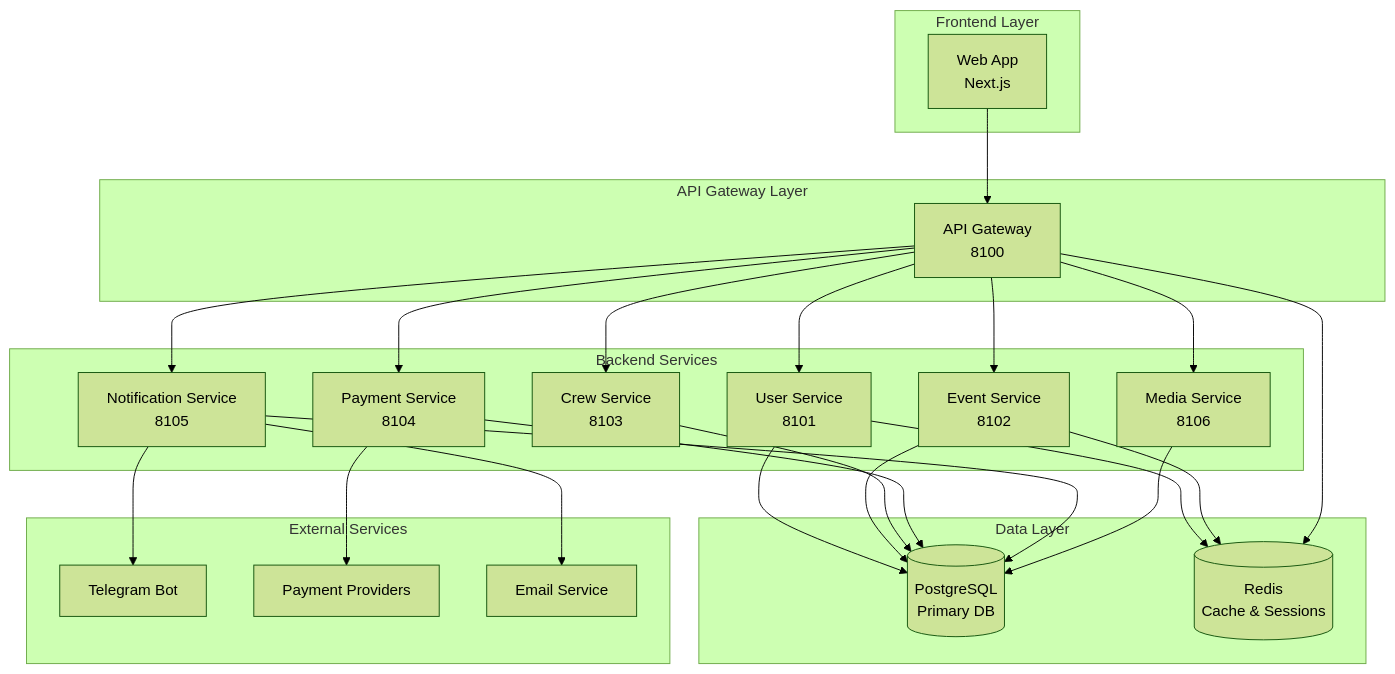
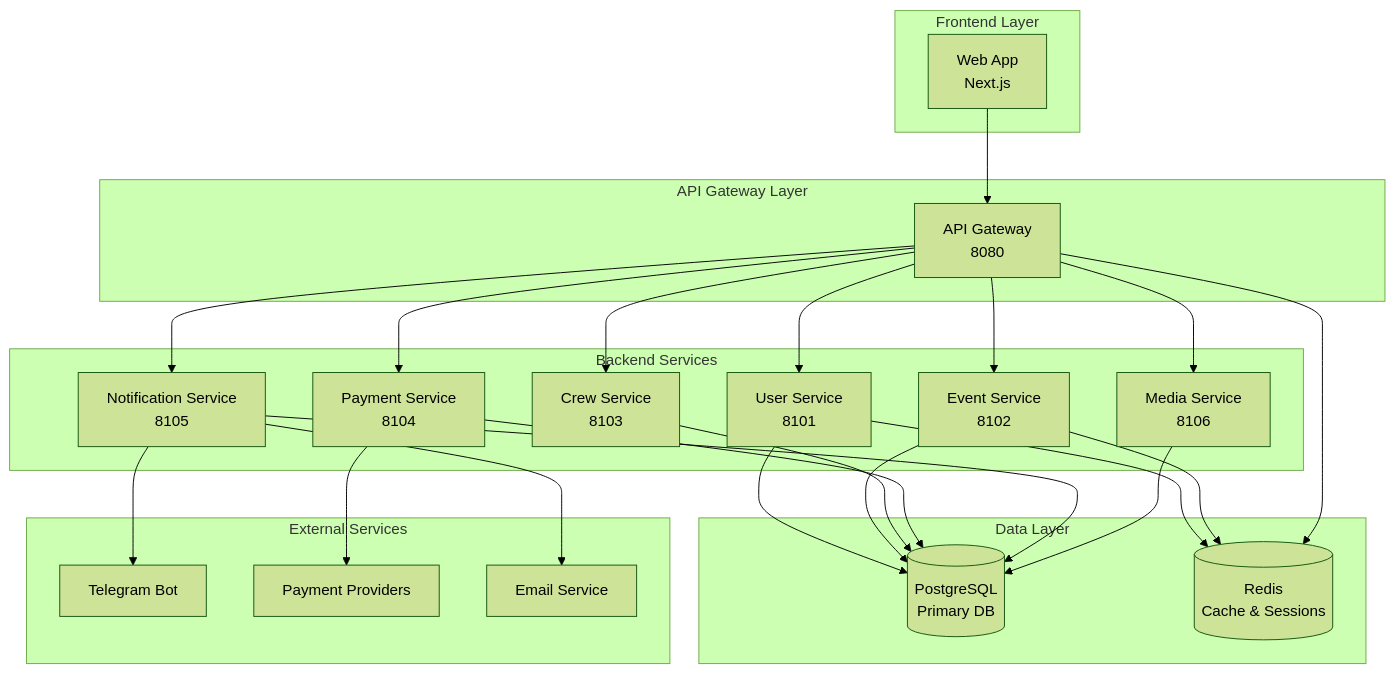
The diagram in docs/architecture.md (egorov-ma/aquastream), drawn with Mermaid (forest theme) before and after one commit. The commit also changed other lines of this file and 2 other files, not shown here.

````diff
--- a/docs/architecture.md
+++ b/docs/architecture.md
@@ -28,53 +28,53 @@
 ```mermaid
 graph TB
     subgraph "Frontend Layer"
         WEB[Web App<br/>Next.js]
     end
 
     subgraph "API Gateway Layer"
-        GW[API Gateway<br/>8100]
+        GW[API Gateway<br/>8080]
     end
 
     subgraph "Backend Services"
         USER[User Service<br/>8101]
         EVENT[Event Service<br/>8102]
         CREW[Crew Service<br/>8103]
         PAYMENT[Payment Service<br/>8104]
         NOTIFY[Notification Service<br/>8105]
         MEDIA[Media Service<br/>8106]
     end
 
     subgraph "Data Layer"
         PG[(PostgreSQL<br/>Primary DB)]
         REDIS[(Redis<br/>Cache & Sessions)]
     end
 
     subgraph "External Services"
         TELEGRAM[Telegram Bot]
         PAY_PROVIDERS[Payment Providers]
         EMAIL[Email Service]
     end
 
     WEB --> GW
     GW --> USER
     GW --> EVENT
     GW --> CREW
     GW --> PAYMENT
     GW --> NOTIFY
     GW --> MEDIA
 
     USER --> PG
     EVENT --> PG
     CREW --> PG
     PAYMENT --> PG
     NOTIFY --> PG
     MEDIA --> PG
 
     USER --> REDIS
     EVENT --> REDIS
     GW --> REDIS
 
     NOTIFY --> TELEGRAM
     NOTIFY --> EMAIL
     PAYMENT --> PAY_PROVIDERS
 ```
````
